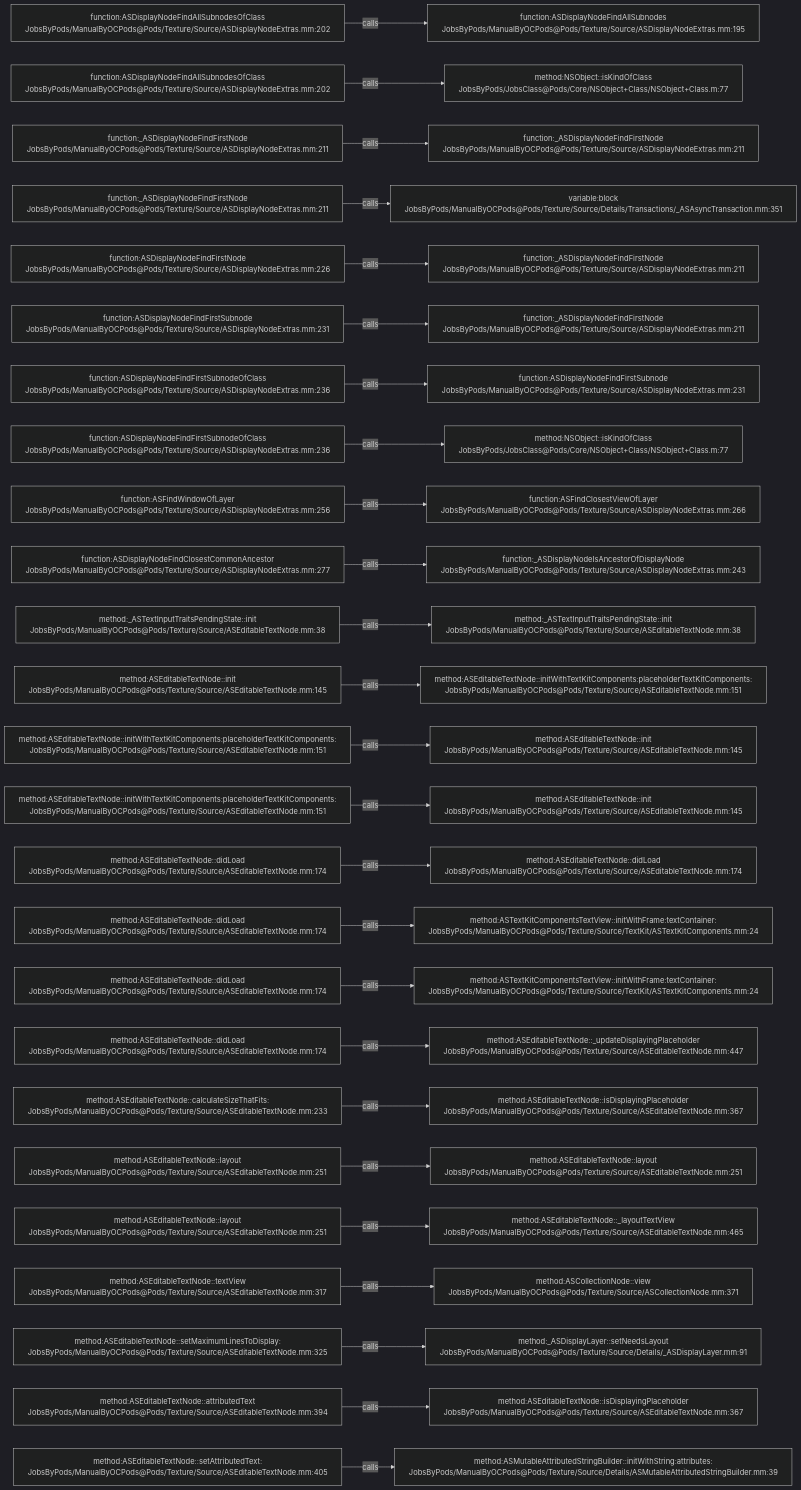
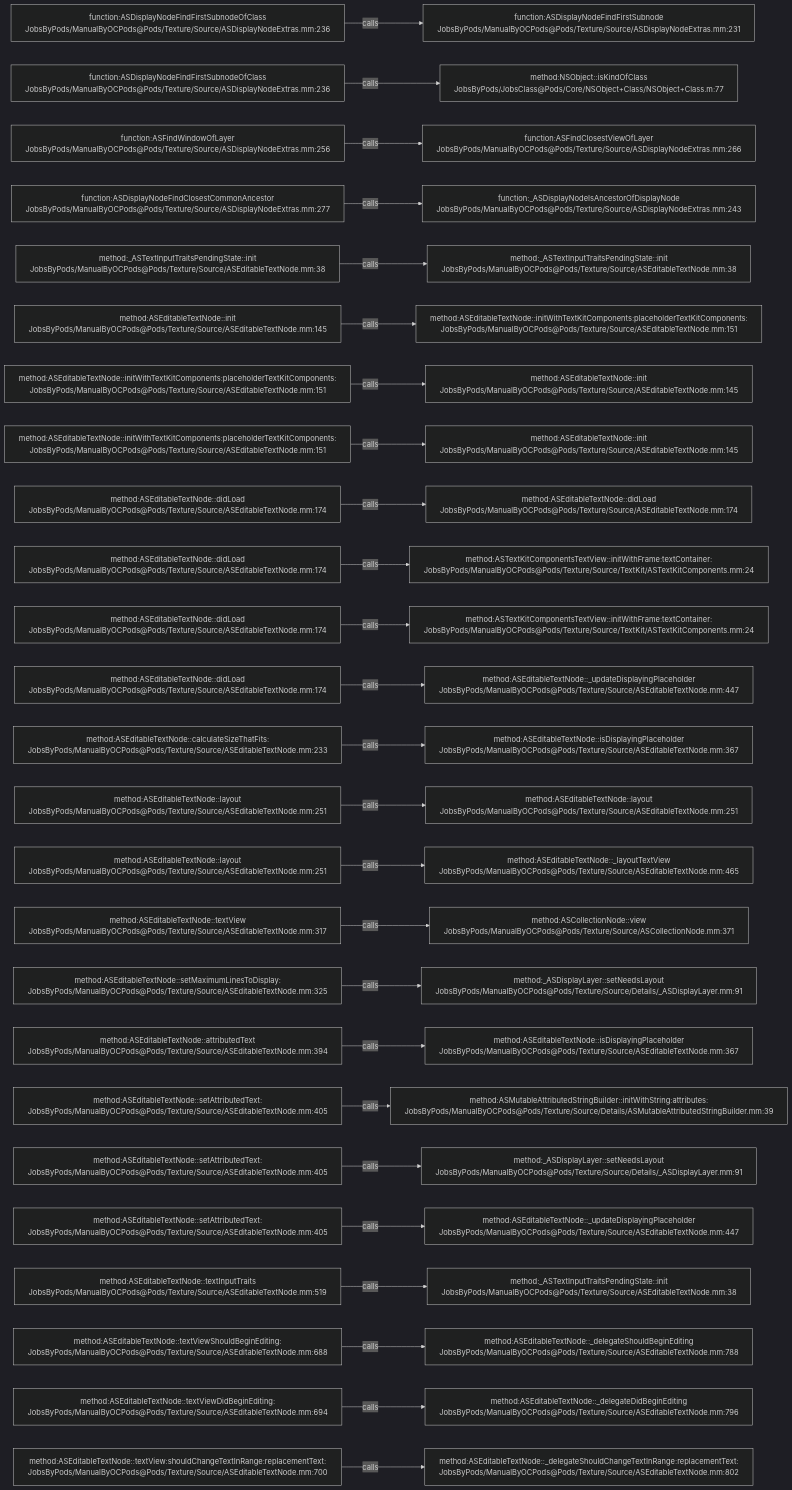
The diagram in .codegraph/codegraph.md/graphs/calls-099.md (JobsKits/JobsOCBaseConfigDemo), drawn with Mermaid (dark theme) before and after one commit. The commit also changed 666 other files, not shown here.

````diff
--- a/.codegraph/codegraph.md/graphs/calls-099.md
+++ b/.codegraph/codegraph.md/graphs/calls-099.md
@@ -13,78 +13,78 @@
 ```mermaid
 flowchart LR
-  S1["function:ASDisplayNodeFindAllSubnodesOfClass<br/>JobsByPods/ManualByOCPods@Pods/Texture/Source/ASDisplayNodeExtras.mm:202"]
-  T1["function:ASDisplayNodeFindAllSubnodes<br/>JobsByPods/ManualByOCPods@Pods/Texture/Source/ASDisplayNodeExtras.mm:195"]
+  S1["function:ASDisplayNodeFindFirstSubnodeOfClass<br/>JobsByPods/ManualByOCPods@Pods/Texture/Source/ASDisplayNodeExtras.mm:236"]
+  T1["function:ASDisplayNodeFindFirstSubnode<br/>JobsByPods/ManualByOCPods@Pods/Texture/Source/ASDisplayNodeExtras.mm:231"]
   S1 -->|calls| T1
-  S2["function:ASDisplayNodeFindAllSubnodesOfClass<br/>JobsByPods/ManualByOCPods@Pods/Texture/Source/ASDisplayNodeExtras.mm:202"]
+  S2["function:ASDisplayNodeFindFirstSubnodeOfClass<br/>JobsByPods/ManualByOCPods@Pods/Texture/Source/ASDisplayNodeExtras.mm:236"]
   T2["method:NSObject::isKindOfClass<br/>JobsByPods/JobsClass@Pods/Core/NSObject+Class/NSObject+Class.m:77"]
   S2 -->|calls| T2
-  S3["function:_ASDisplayNodeFindFirstNode<br/>JobsByPods/ManualByOCPods@Pods/Texture/Source/ASDisplayNodeExtras.mm:211"]
-  T3["function:_ASDisplayNodeFindFirstNode<br/>JobsByPods/ManualByOCPods@Pods/Texture/Source/ASDisplayNodeExtras.mm:211"]
+  S3["function:ASFindWindowOfLayer<br/>JobsByPods/ManualByOCPods@Pods/Texture/Source/ASDisplayNodeExtras.mm:256"]
+  T3["function:ASFindClosestViewOfLayer<br/>JobsByPods/ManualByOCPods@Pods/Texture/Source/ASDisplayNodeExtras.mm:266"]
   S3 -->|calls| T3
-  S4["function:_ASDisplayNodeFindFirstNode<br/>JobsByPods/ManualByOCPods@Pods/Texture/Source/ASDisplayNodeExtras.mm:211"]
-  T4["variable:block<br/>JobsByPods/ManualByOCPods@Pods/Texture/Source/Details/Transactions/_ASAsyncTransaction.mm:351"]
+  S4["function:ASDisplayNodeFindClosestCommonAncestor<br/>JobsByPods/ManualByOCPods@Pods/Texture/Source/ASDisplayNodeExtras.mm:277"]
+  T4["function:_ASDisplayNodeIsAncestorOfDisplayNode<br/>JobsByPods/ManualByOCPods@Pods/Texture/Source/ASDisplayNodeExtras.mm:243"]
   S4 -->|calls| T4
-  S5["function:ASDisplayNodeFindFirstNode<br/>JobsByPods/ManualByOCPods@Pods/Texture/Source/ASDisplayNodeExtras.mm:226"]
-  T5["function:_ASDisplayNodeFindFirstNode<br/>JobsByPods/ManualByOCPods@Pods/Texture/Source/ASDisplayNodeExtras.mm:211"]
+  S5["method:_ASTextInputTraitsPendingState::init<br/>JobsByPods/ManualByOCPods@Pods/Texture/Source/ASEditableTextNode.mm:38"]
+  T5["method:_ASTextInputTraitsPendingState::init<br/>JobsByPods/ManualByOCPods@Pods/Texture/Source/ASEditableTextNode.mm:38"]
   S5 -->|calls| T5
-  S6["function:ASDisplayNodeFindFirstSubnode<br/>JobsByPods/ManualByOCPods@Pods/Texture/Source/ASDisplayNodeExtras.mm:231"]
-  T6["function:_ASDisplayNodeFindFirstNode<br/>JobsByPods/ManualByOCPods@Pods/Texture/Source/ASDisplayNodeExtras.mm:211"]
+  S6["method:ASEditableTextNode::init<br/>JobsByPods/ManualByOCPods@Pods/Texture/Source/ASEditableTextNode.mm:145"]
+  T6["method:ASEditableTextNode::initWithTextKitComponents:placeholderTextKitComponents:<br/>JobsByPods/ManualByOCPods@Pods/Texture/Source/ASEditableTextNode.mm:151"]
   S6 -->|calls| T6
-  S7["function:ASDisplayNodeFindFirstSubnodeOfClass<br/>JobsByPods/ManualByOCPods@Pods/Texture/Source/ASDisplayNodeExtras.mm:236"]
-  T7["function:ASDisplayNodeFindFirstSubnode<br/>JobsByPods/ManualByOCPods@Pods/Texture/Source/ASDisplayNodeExtras.mm:231"]
+  S7["method:ASEditableTextNode::initWithTextKitComponents:placeholderTextKitComponents:<br/>JobsByPods/ManualByOCPods@Pods/Texture/Source/ASEditableTextNode.mm:151"]
+  T7["method:ASEditableTextNode::init<br/>JobsByPods/ManualByOCPods@Pods/Texture/Source/ASEditableTextNode.mm:145"]
   S7 -->|calls| T7
-  S8["function:ASDisplayNodeFindFirstSubnodeOfClass<br/>JobsByPods/ManualByOCPods@Pods/Texture/Source/ASDisplayNodeExtras.mm:236"]
-  T8["method:NSObject::isKindOfClass<br/>JobsByPods/JobsClass@Pods/Core/NSObject+Class/NSObject+Class.m:77"]
+  S8["method:ASEditableTextNode::initWithTextKitComponents:placeholderTextKitComponents:<br/>JobsByPods/ManualByOCPods@Pods/Texture/Source/ASEditableTextNode.mm:151"]
+  T8["method:ASEditableTextNode::init<br/>JobsByPods/ManualByOCPods@Pods/Texture/Source/ASEditableTextNode.mm:145"]
   S8 -->|calls| T8
-  S9["function:ASFindWindowOfLayer<br/>JobsByPods/ManualByOCPods@Pods/Texture/Source/ASDisplayNodeExtras.mm:256"]
-  T9["function:ASFindClosestViewOfLayer<br/>JobsByPods/ManualByOCPods@Pods/Texture/Source/ASDisplayNodeExtras.mm:266"]
+  S9["method:ASEditableTextNode::didLoad<br/>JobsByPods/ManualByOCPods@Pods/Texture/Source/ASEditableTextNode.mm:174"]
+  T9["method:ASEditableTextNode::didLoad<br/>JobsByPods/ManualByOCPods@Pods/Texture/Source/ASEditableTextNode.mm:174"]
   S9 -->|calls| T9
-  S10["function:ASDisplayNodeFindClosestCommonAncestor<br/>JobsByPods/ManualByOCPods@Pods/Texture/Source/ASDisplayNodeExtras.mm:277"]
-  T10["function:_ASDisplayNodeIsAncestorOfDisplayNode<br/>JobsByPods/ManualByOCPods@Pods/Texture/Source/ASDisplayNodeExtras.mm:243"]
+  S10["method:ASEditableTextNode::didLoad<br/>JobsByPods/ManualByOCPods@Pods/Texture/Source/ASEditableTextNode.mm:174"]
+  T10["method:ASTextKitComponentsTextView::initWithFrame:textContainer:<br/>JobsByPods/ManualByOCPods@Pods/Texture/Source/TextKit/ASTextKitComponents.mm:24"]
   S10 -->|calls| T10
-  S11["method:_ASTextInputTraitsPendingState::init<br/>JobsByPods/ManualByOCPods@Pods/Texture/Source/ASEditableTextNode.mm:38"]
-  T11["method:_ASTextInputTraitsPendingState::init<br/>JobsByPods/ManualByOCPods@Pods/Texture/Source/ASEditableTextNode.mm:38"]
+  S11["method:ASEditableTextNode::didLoad<br/>JobsByPods/ManualByOCPods@Pods/Texture/Source/ASEditableTextNode.mm:174"]
+  T11["method:ASTextKitComponentsTextView::initWithFrame:textContainer:<br/>JobsByPods/ManualByOCPods@Pods/Texture/Source/TextKit/ASTextKitComponents.mm:24"]
   S11 -->|calls| T11
-  S12["method:ASEditableTextNode::init<br/>JobsByPods/ManualByOCPods@Pods/Texture/Source/ASEditableTextNode.mm:145"]
-  T12["method:ASEditableTextNode::initWithTextKitComponents:placeholderTextKitComponents:<br/>JobsByPods/ManualByOCPods@Pods/Texture/Source/ASEditableTextNode.mm:151"]
+  S12["method:ASEditableTextNode::didLoad<br/>JobsByPods/ManualByOCPods@Pods/Texture/Source/ASEditableTextNode.mm:174"]
+  T12["method:ASEditableTextNode::_updateDisplayingPlaceholder<br/>JobsByPods/ManualByOCPods@Pods/Texture/Source/ASEditableTextNode.mm:447"]
   S12 -->|calls| T12
-  S13["method:ASEditableTextNode::initWithTextKitComponents:placeholderTextKitComponents:<br/>JobsByPods/ManualByOCPods@Pods/Texture/Source/ASEditableTextNode.mm:151"]
-  T13["method:ASEditableTextNode::init<br/>JobsByPods/ManualByOCPods@Pods/Texture/Source/ASEditableTextNode.mm:145"]
+  S13["method:ASEditableTextNode::calculateSizeThatFits:<br/>JobsByPods/ManualByOCPods@Pods/Texture/Source/ASEditableTextNode.mm:233"]
+  T13["method:ASEditableTextNode::isDisplayingPlaceholder<br/>JobsByPods/ManualByOCPods@Pods/Texture/Source/ASEditableTextNode.mm:367"]
   S13 -->|calls| T13
-  S14["method:ASEditableTextNode::initWithTextKitComponents:placeholderTextKitComponents:<br/>JobsByPods/ManualByOCPods@Pods/Texture/Source/ASEditableTextNode.mm:151"]
-  T14["method:ASEditableTextNode::init<br/>JobsByPods/ManualByOCPods@Pods/Texture/Source/ASEditableTextNode.mm:145"]
+  S14["method:ASEditableTextNode::layout<br/>JobsByPods/ManualByOCPods@Pods/Texture/Source/ASEditableTextNode.mm:251"]
+  T14["method:ASEditableTextNode::layout<br/>JobsByPods/ManualByOCPods@Pods/Texture/Source/ASEditableTextNode.mm:251"]
   S14 -->|calls| T14
-  S15["method:ASEditableTextNode::didLoad<br/>JobsByPods/ManualByOCPods@Pods/Texture/Source/ASEditableTextNode.mm:174"]
-  T15["method:ASEditableTextNode::didLoad<br/>JobsByPods/ManualByOCPods@Pods/Texture/Source/ASEditableTextNode.mm:174"]
+  S15["method:ASEditableTextNode::layout<br/>JobsByPods/ManualByOCPods@Pods/Texture/Source/ASEditableTextNode.mm:251"]
+  T15["method:ASEditableTextNode::_layoutTextView<br/>JobsByPods/ManualByOCPods@Pods/Texture/Source/ASEditableTextNode.mm:465"]
   S15 -->|calls| T15
-  S16["method:ASEditableTextNode::didLoad<br/>JobsByPods/ManualByOCPods@Pods/Texture/Source/ASEditableTextNode.mm:174"]
-  T16["method:ASTextKitComponentsTextView::initWithFrame:textContainer:<br/>JobsByPods/ManualByOCPods@Pods/Texture/Source/TextKit/ASTextKitComponents.mm:24"]
+  S16["method:ASEditableTextNode::textView<br/>JobsByPods/ManualByOCPods@Pods/Texture/Source/ASEditableTextNode.mm:317"]
+  T16["method:ASCollectionNode::view<br/>JobsByPods/ManualByOCPods@Pods/Texture/Source/ASCollectionNode.mm:371"]
   S16 -->|calls| T16
-  S17["method:ASEditableTextNode::didLoad<br/>JobsByPods/ManualByOCPods@Pods/Texture/Source/ASEditableTextNode.mm:174"]
-  T17["method:ASTextKitComponentsTextView::initWithFrame:textContainer:<br/>JobsByPods/ManualByOCPods@Pods/Texture/Source/TextKit/ASTextKitComponents.mm:24"]
+  S17["method:ASEditableTextNode::setMaximumLinesToDisplay:<br/>JobsByPods/ManualByOCPods@Pods/Texture/Source/ASEditableTextNode.mm:325"]
+  T17["method:_ASDisplayLayer::setNeedsLayout<br/>JobsByPods/ManualByOCPods@Pods/Texture/Source/Details/_ASDisplayLayer.mm:91"]
   S17 -->|calls| T17
-  S18["method:ASEditableTextNode::didLoad<br/>JobsByPods/ManualByOCPods@Pods/Texture/Source/ASEditableTextNode.mm:174"]
-  T18["method:ASEditableTextNode::_updateDisplayingPlaceholder<br/>JobsByPods/ManualByOCPods@Pods/Texture/Source/ASEditableTextNode.mm:447"]
+  S18["method:ASEditableTextNode::attributedText<br/>JobsByPods/ManualByOCPods@Pods/Texture/Source/ASEditableTextNode.mm:394"]
+  T18["method:ASEditableTextNode::isDisplayingPlaceholder<br/>JobsByPods/ManualByOCPods@Pods/Texture/Source/ASEditableTextNode.mm:367"]
   S18 -->|calls| T18
-  S19["method:ASEditableTextNode::calculateSizeThatFits:<br/>JobsByPods/ManualByOCPods@Pods/Texture/Source/ASEditableTextNode.mm:233"]
-  T19["method:ASEditableTextNode::isDisplayingPlaceholder<br/>JobsByPods/ManualByOCPods@Pods/Texture/Source/ASEditableTextNode.mm:367"]
+  S19["method:ASEditableTextNode::setAttributedText:<br/>JobsByPods/ManualByOCPods@Pods/Texture/Source/ASEditableTextNode.mm:405"]
+  T19["method:ASMutableAttributedStringBuilder::initWithString:attributes:<br/>JobsByPods/ManualByOCPods@Pods/Texture/Source/Details/ASMutableAttributedStringBuilder.mm:39"]
   S19 -->|calls| T19
-  S20["method:ASEditableTextNode::layout<br/>JobsByPods/ManualByOCPods@Pods/Texture/Source/ASEditableTextNode.mm:251"]
-  T20["method:ASEditableTextNode::layout<br/>JobsByPods/ManualByOCPods@Pods/Texture/Source/ASEditableTextNode.mm:251"]
+  S20["method:ASEditableTextNode::setAttributedText:<br/>JobsByPods/ManualByOCPods@Pods/Texture/Source/ASEditableTextNode.mm:405"]
+  T20["method:_ASDisplayLayer::setNeedsLayout<br/>JobsByPods/ManualByOCPods@Pods/Texture/Source/Details/_ASDisplayLayer.mm:91"]
   S20 -->|calls| T20
-  S21["method:ASEditableTextNode::layout<br/>JobsByPods/ManualByOCPods@Pods/Texture/Source/ASEditableTextNode.mm:251"]
-  T21["method:ASEditableTextNode::_layoutTextView<br/>JobsByPods/ManualByOCPods@Pods/Texture/Source/ASEditableTextNode.mm:465"]
+  S21["method:ASEditableTextNode::setAttributedText:<br/>JobsByPods/ManualByOCPods@Pods/Texture/Source/ASEditableTextNode.mm:405"]
+  T21["method:ASEditableTextNode::_updateDisplayingPlaceholder<br/>JobsByPods/ManualByOCPods@Pods/Texture/Source/ASEditableTextNode.mm:447"]
   S21 -->|calls| T21
-  S22["method:ASEditableTextNode::textView<br/>JobsByPods/ManualByOCPods@Pods/Texture/Source/ASEditableTextNode.mm:317"]
-  T22["method:ASCollectionNode::view<br/>JobsByPods/ManualByOCPods@Pods/Texture/Source/ASCollectionNode.mm:371"]
+  S22["method:ASEditableTextNode::textInputTraits<br/>JobsByPods/ManualByOCPods@Pods/Texture/Source/ASEditableTextNode.mm:519"]
+  T22["method:_ASTextInputTraitsPendingState::init<br/>JobsByPods/ManualByOCPods@Pods/Texture/Source/ASEditableTextNode.mm:38"]
   S22 -->|calls| T22
-  S23["method:ASEditableTextNode::setMaximumLinesToDisplay:<br/>JobsByPods/ManualByOCPods@Pods/Texture/Source/ASEditableTextNode.mm:325"]
-  T23["method:_ASDisplayLayer::setNeedsLayout<br/>JobsByPods/ManualByOCPods@Pods/Texture/Source/Details/_ASDisplayLayer.mm:91"]
+  S23["method:ASEditableTextNode::textViewShouldBeginEditing:<br/>JobsByPods/ManualByOCPods@Pods/Texture/Source/ASEditableTextNode.mm:688"]
+  T23["method:ASEditableTextNode::_delegateShouldBeginEditing<br/>JobsByPods/ManualByOCPods@Pods/Texture/Source/ASEditableTextNode.mm:788"]
   S23 -->|calls| T23
-  S24["method:ASEditableTextNode::attributedText<br/>JobsByPods/ManualByOCPods@Pods/Texture/Source/ASEditableTextNode.mm:394"]
-  T24["method:ASEditableTextNode::isDisplayingPlaceholder<br/>JobsByPods/ManualByOCPods@Pods/Texture/Source/ASEditableTextNode.mm:367"]
+  S24["method:ASEditableTextNode::textViewDidBeginEditing:<br/>JobsByPods/ManualByOCPods@Pods/Texture/Source/ASEditableTextNode.mm:694"]
+  T24["method:ASEditableTextNode::_delegateDidBeginEditing<br/>JobsByPods/ManualByOCPods@Pods/Texture/Source/ASEditableTextNode.mm:796"]
   S24 -->|calls| T24
-  S25["method:ASEditableTextNode::setAttributedText:<br/>JobsByPods/ManualByOCPods@Pods/Texture/Source/ASEditableTextNode.mm:405"]
-  T25["method:ASMutableAttributedStringBuilder::initWithString:attributes:<br/>JobsByPods/ManualByOCPods@Pods/Texture/Source/Details/ASMutableAttributedStringBuilder.mm:39"]
+  S25["method:ASEditableTextNode::textView:shouldChangeTextInRange:replacementText:<br/>JobsByPods/ManualByOCPods@Pods/Texture/Source/ASEditableTextNode.mm:700"]
+  T25["method:ASEditableTextNode::_delegateShouldChangeTextInRange:replacementText:<br/>JobsByPods/ManualByOCPods@Pods/Texture/Source/ASEditableTextNode.mm:802"]
   S25 -->|calls| T25
 ```
````
